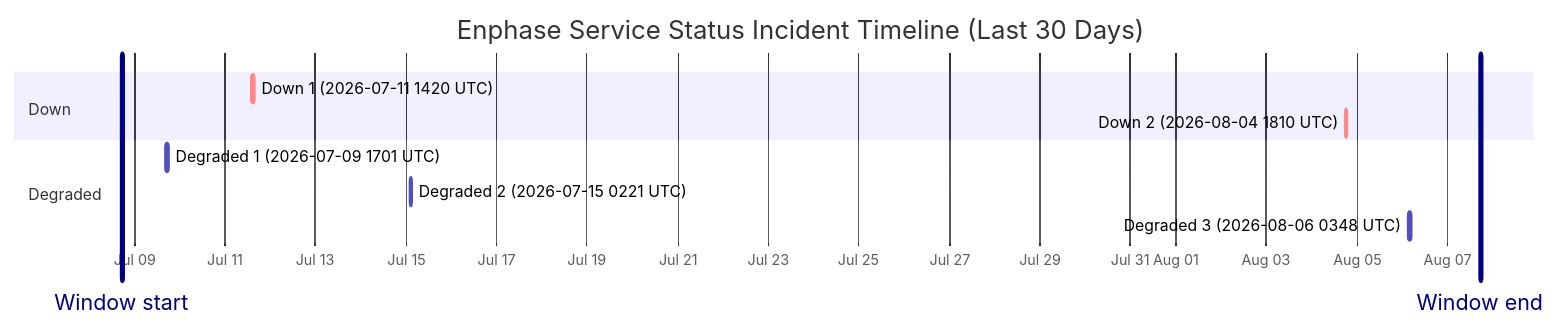
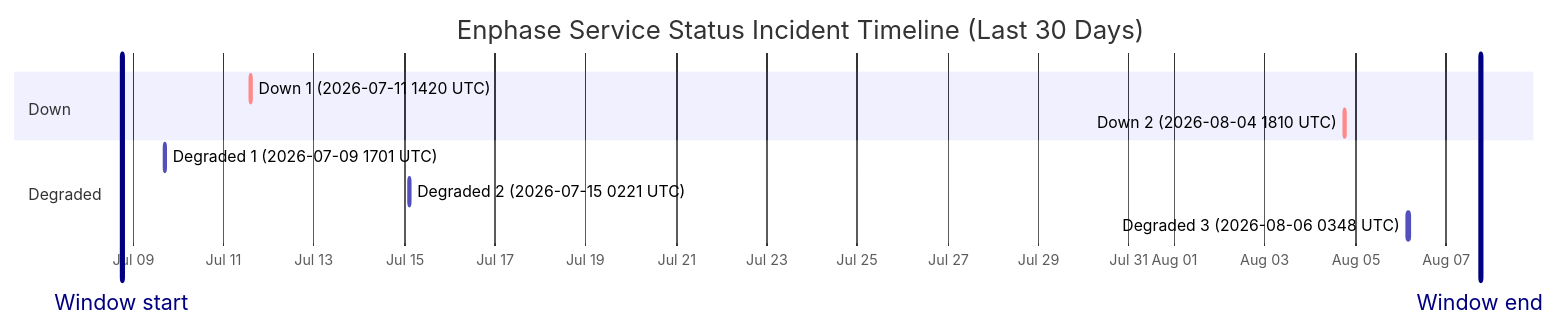
The diagram in wiki/Service-Status-History.md (barneyonline/ha-enphase-energy), drawn with Mermaid before and after one commit. The commit also changed other lines of this file and 3 other files, not shown here.

````diff
--- a/wiki/Service-Status-History.md
+++ b/wiki/Service-Status-History.md
@@ -14,15 +14,15 @@
 ```mermaid
 gantt
     title Enphase Service Status Incident Timeline (Last 30 Days)
     dateFormat  YYYY-MM-DDTHH:mm:ss
     axisFormat  %b %d
-    Window start :vert, window-start, 2026-07-08T17:22:37, 0ms
-    Window end :vert, window-end, 2026-08-07T17:22:37, 0ms
+    Window start :vert, window-start, 2026-07-08T18:10:32, 0ms
+    Window end :vert, window-end, 2026-08-07T18:10:32, 0ms
     section Down
     Down 1 (2026-07-11 1420 UTC) :crit, down-1, 2026-07-11T14:20:54, 69m
     Down 2 (2026-08-04 1810 UTC) :crit, down-2, 2026-08-04T18:10:46, 60m
     section Degraded
     Degraded 1 (2026-07-09 1701 UTC) :active, degraded-1, 2026-07-09T17:01:02, 60m
     Degraded 2 (2026-07-15 0221 UTC) :active, degraded-2, 2026-07-15T02:21:35, 60m
     Degraded 3 (2026-08-06 0348 UTC) :active, degraded-3, 2026-08-06T03:48:14, 60m
 ```
````
